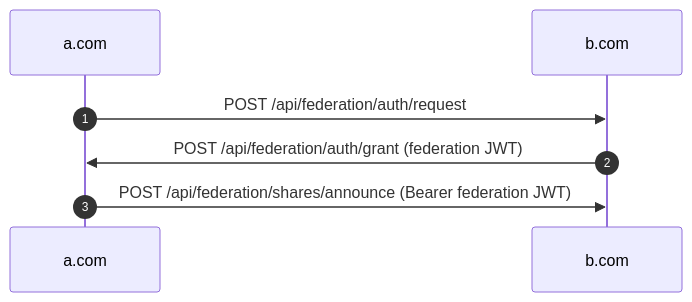
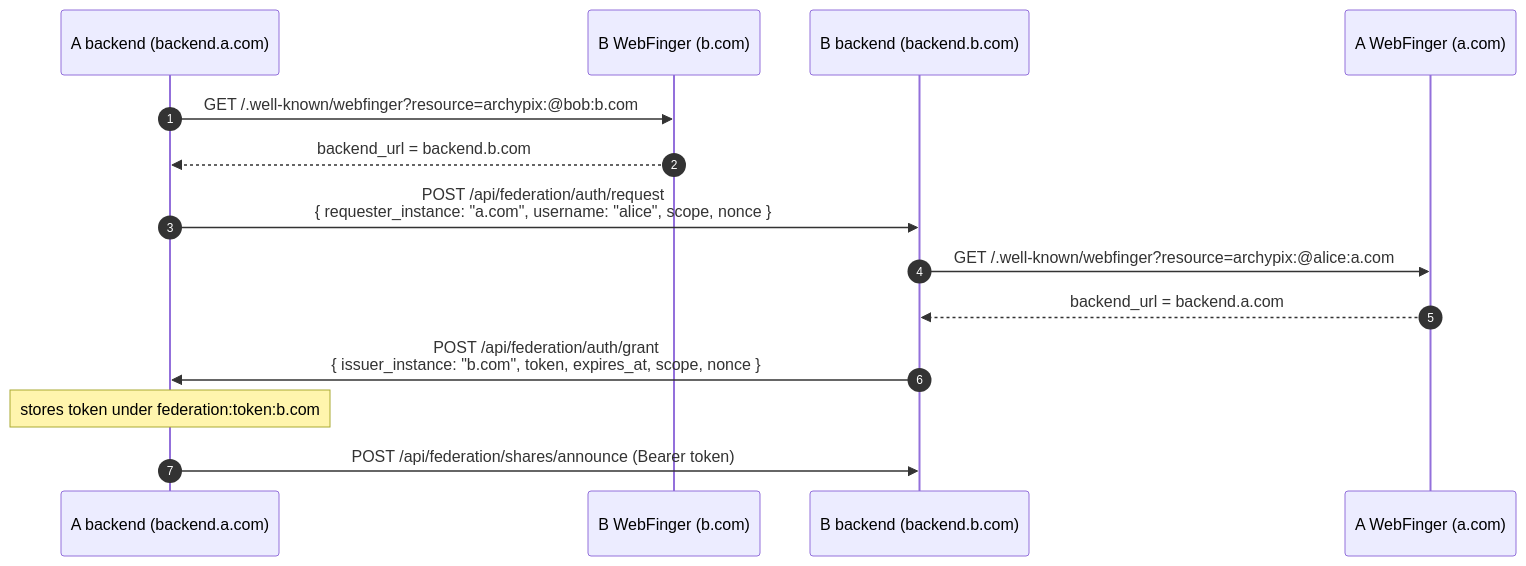
Before and after one commit to Archypix/archypix: the fourth of 6 diagrams in doc/03_BACKEND_ARCHITECTURE.md, drawn with Mermaid. The commit also changed other lines of this file and 14 other files, not shown here.

````diff
--- a/doc/03_BACKEND_ARCHITECTURE.md
+++ b/doc/03_BACKEND_ARCHITECTURE.md
@@ -409,9 +445,16 @@
 ```mermaid
 sequenceDiagram
     autonumber
-    participant A as a.com
-    participant B as b.com
-    A ->> B: POST /api/federation/auth/request
-    B ->> A: POST /api/federation/auth/grant (federation JWT)
-    A ->> B: POST /api/federation/shares/announce (Bearer federation JWT)
+   participant ABack as A backend (backend.a.com)
+   participant WebFingerB as B WebFinger (b.com)
+   participant BBack as B backend (backend.b.com)
+   participant WebFingerA as A WebFinger (a.com)
+   ABack ->> WebFingerB: GET /.well-known/webfinger?resource=archypix:@bob:b.com
+   WebFingerB -->> ABack: backend_url = backend.b.com
+   ABack ->> BBack: POST /api/federation/auth/request<br/>{ requester_instance: "a.com", username: "alice", scope, nonce }
+   BBack ->> WebFingerA: GET /.well-known/webfinger?resource=archypix:@alice:a.com
+   WebFingerA -->> BBack: backend_url = backend.a.com
+   BBack ->> ABack: POST /api/federation/auth/grant<br/>{ issuer_instance: "b.com", token, expires_at, scope, nonce }
+   Note over ABack: stores token under federation:token:b.com
+   ABack ->> BBack: POST /api/federation/shares/announce (Bearer token)
 ```
````
